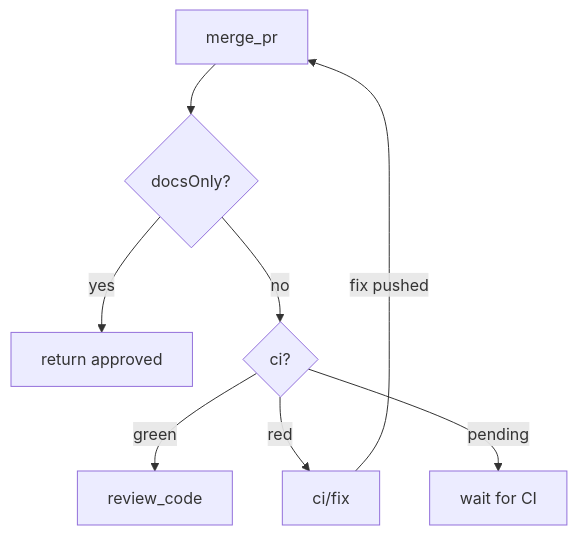
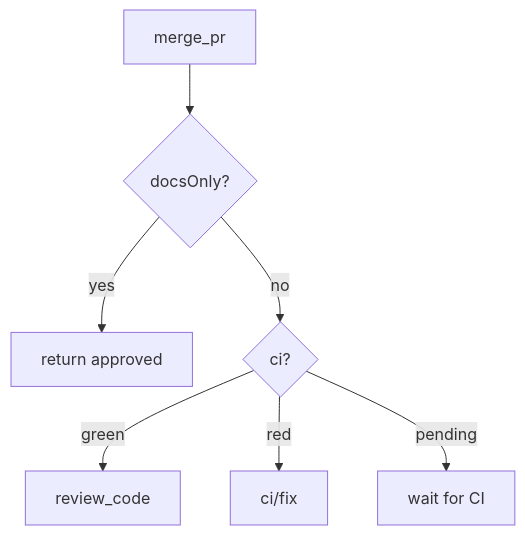
The diagram in README.md (rein-lang/rein), drawn with Mermaid before and after one commit. The commit also changed other lines of this file and 13 other files, not shown here.

````diff
--- a/README.md
+++ b/README.md
@@ -39,10 +39,9 @@
 ```mermaid
 flowchart TD
     A["merge_pr"] --> B{"docsOnly?"}
     B -- "yes" --> C["return approved"]
     B -- "no" --> D{"ci?"}
     D -- "green" --> E["review_code"]
     D -- "red" --> F["ci/fix"]
     D -- "pending" --> G["wait for CI"]
-    F -- "fix pushed" --> A
 ```
````
